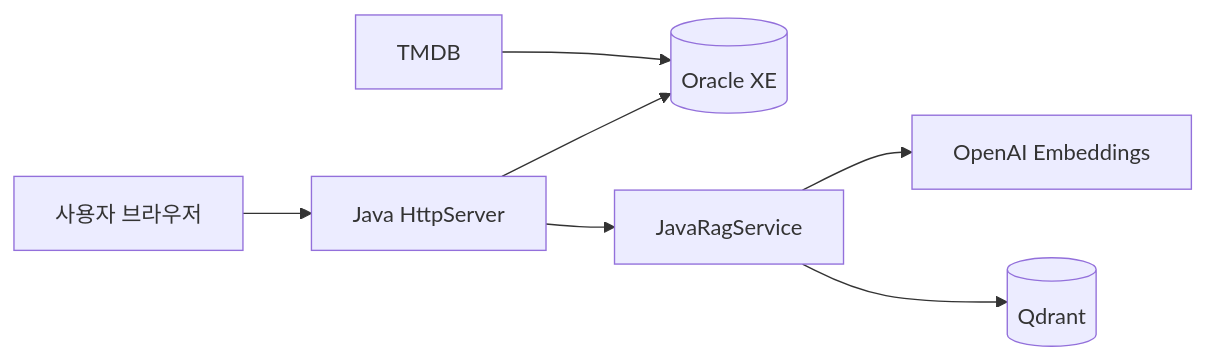
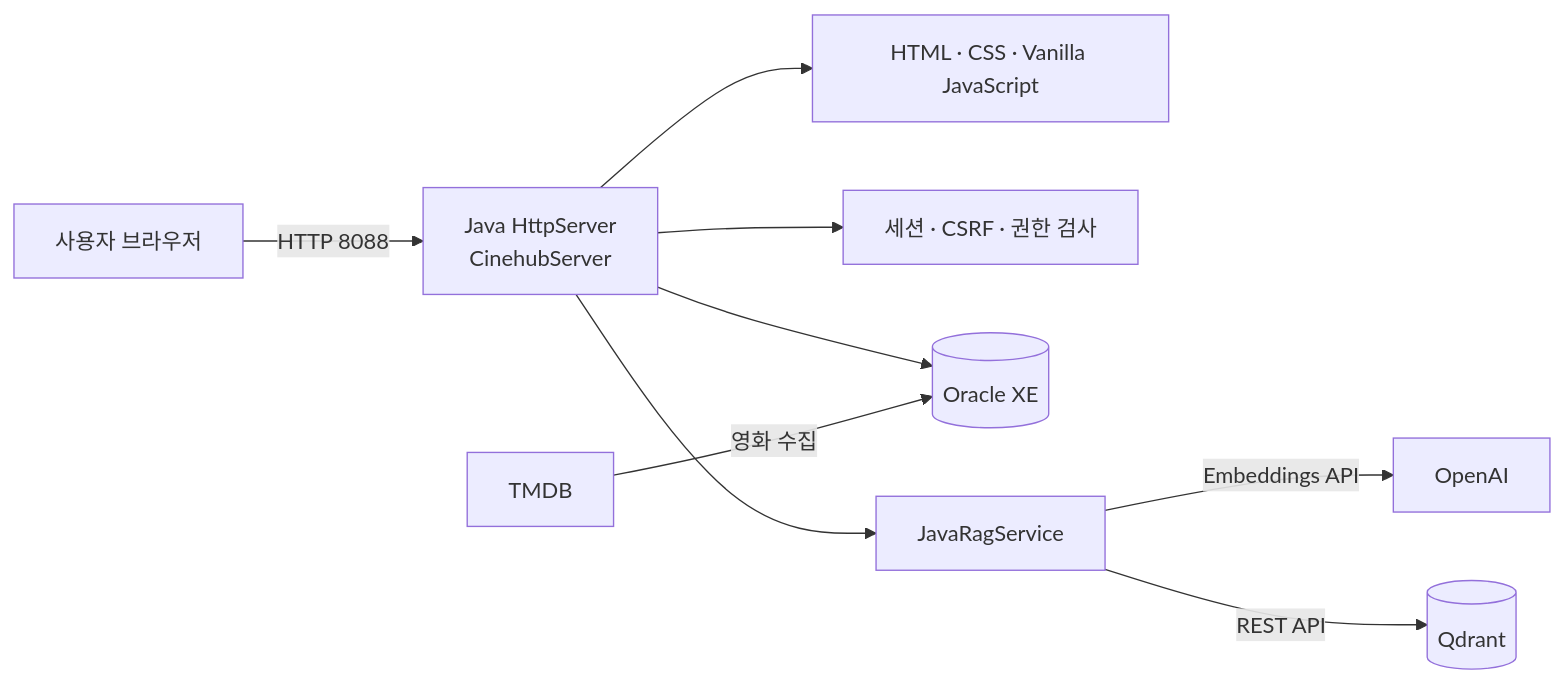
Before and after one commit to dusghk0802/1st_project: the first of 2 diagrams in README.md, drawn with Mermaid. The commit also changed other lines of this file, not shown here.

Commit message:
Expand README with ERD and feature guide

````diff
--- a/README.md
+++ b/README.md
@@ -40,9 +61,11 @@
 ```mermaid
 flowchart LR
-    Browser[사용자 브라우저] --> Java[Java HttpServer]
-    Java --> Oracle[(Oracle XE)]
-    Java --> RAG[JavaRagService]
-    RAG --> OpenAI[OpenAI Embeddings]
-    RAG --> Qdrant[(Qdrant)]
-    TMDB[TMDB] --> Oracle
+    B[사용자 브라우저] -->|HTTP 8088| J[Java HttpServer<br/>CinehubServer]
+    J --> W[HTML · CSS · Vanilla JavaScript]
+    J --> S[세션 · CSRF · 권한 검사]
+    J --> O[(Oracle XE)]
+    J --> R[JavaRagService]
+    R -->|Embeddings API| A[OpenAI]
+    R -->|REST API| Q[(Qdrant)]
+    T[TMDB] -->|영화 수집| O
 ```
````
